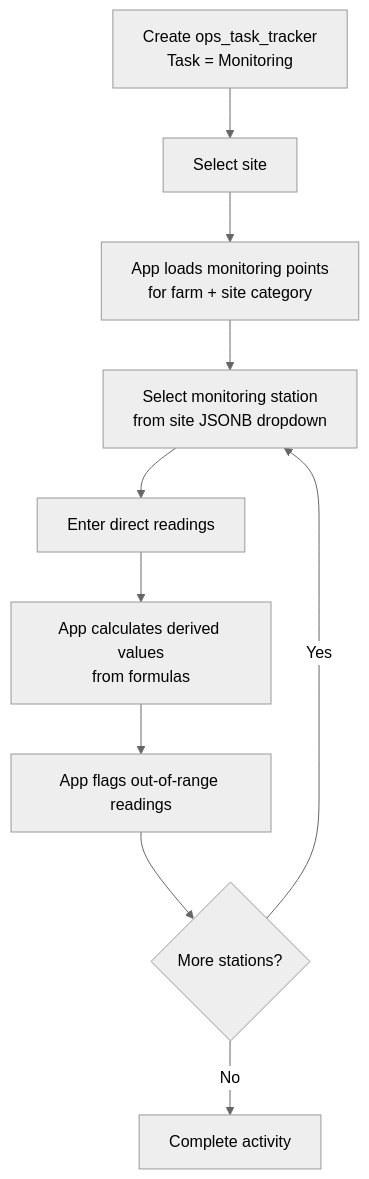
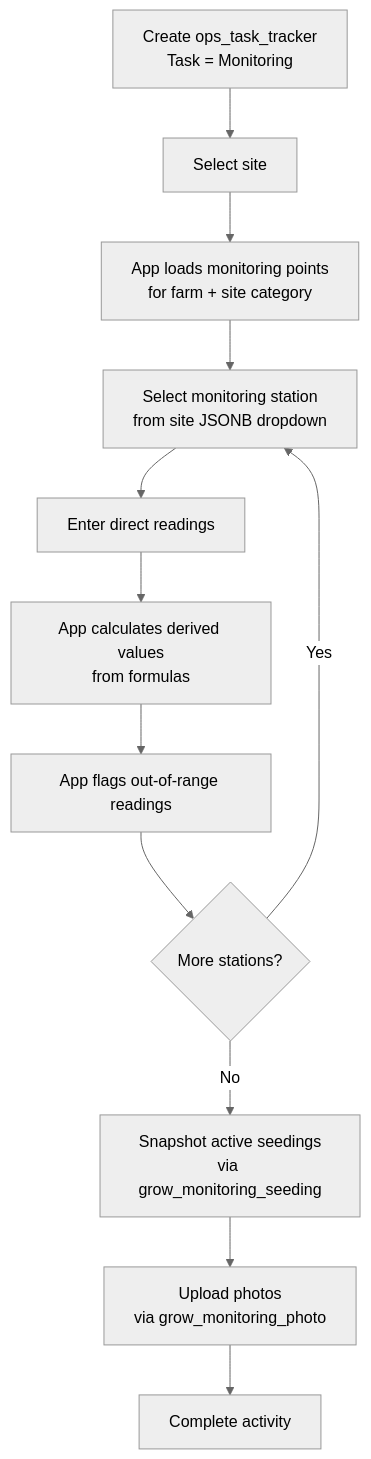
Before and after one commit to Hawaii-Farming/aloha-app: the diagram in docs/processes/20260324_09_grow_monitoring_workflow.md, drawn with Mermaid (neutral theme). The commit also changed other lines of this file and 30 other files, not shown here.

First line of the commit message:
Add monitoring seeding snapshots and photos, rename value to reading

````diff
--- a/docs/processes/20260324_09_grow_monitoring_workflow.md
+++ b/docs/processes/20260324_09_grow_monitoring_workflow.md
@@ -102,12 +106,14 @@
 ```mermaid
 flowchart TD
     A[Create ops_task_tracker\nTask = Monitoring] --> B[Select site]
     B --> C[App loads monitoring points\nfor farm + site category]
     C --> D[Select monitoring station\nfrom site JSONB dropdown]
     D --> E[Enter direct readings]
     E --> F[App calculates derived values\nfrom formulas]
     F --> G[App flags out-of-range readings]
     G --> H{More stations?}
     H -->|Yes| D
-    H -->|No| I[Complete activity]
+    H -->|No| I[Snapshot active seedings\nvia grow_monitoring_seeding]
+    I --> J[Upload photos\nvia grow_monitoring_photo]
+    J --> K[Complete activity]
 ```
````
